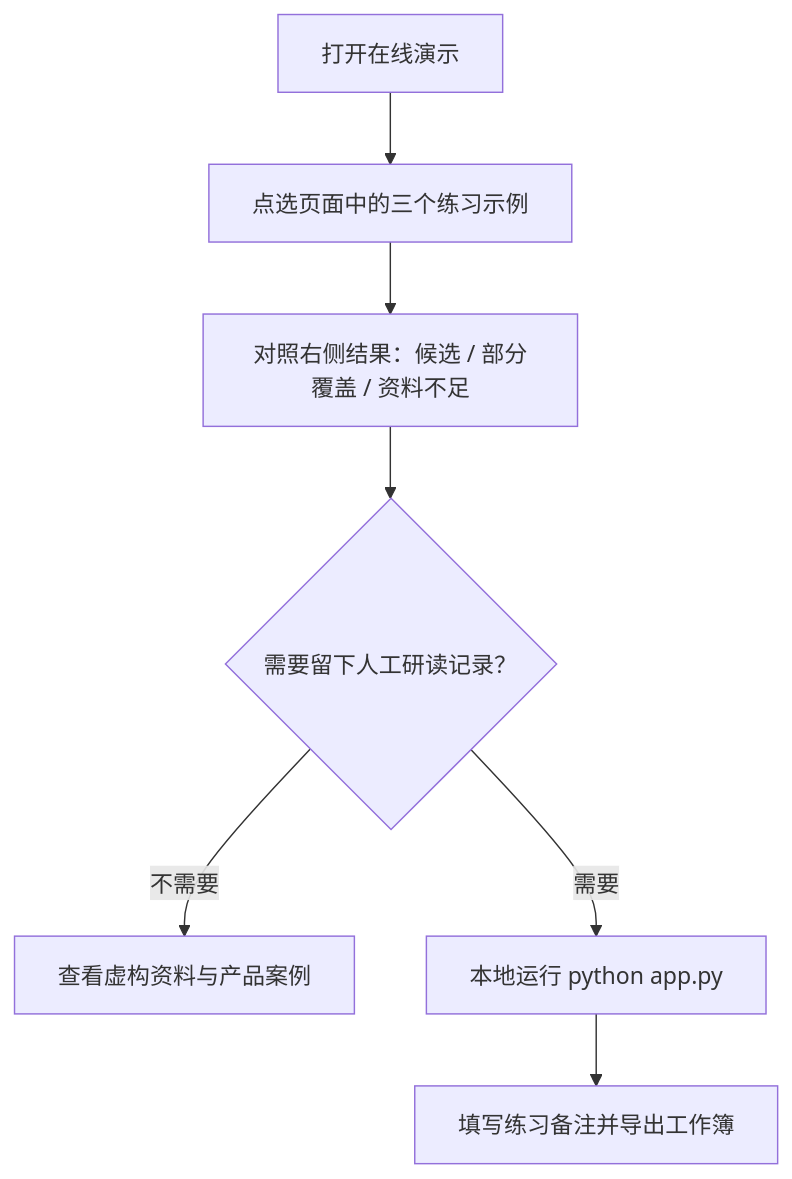
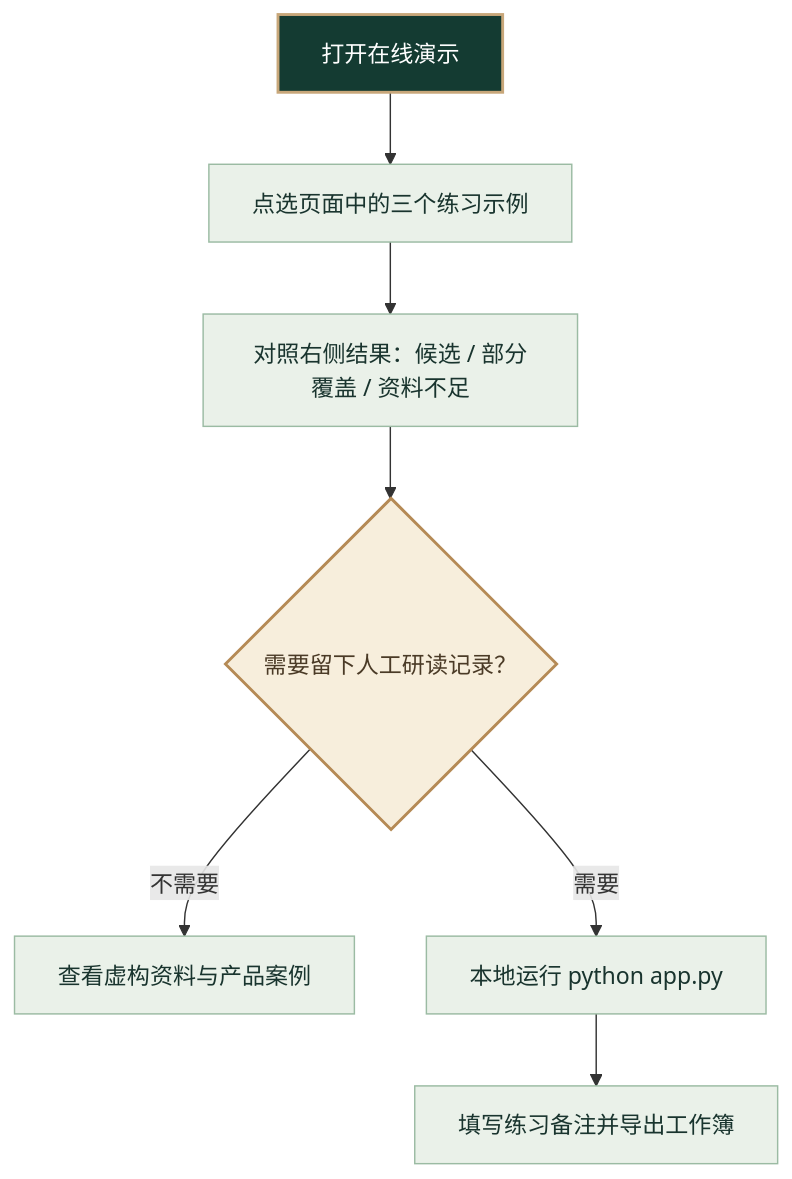
The diagram in README.md (ghgg25043-byte/building-code-assistant), drawn with Mermaid before and after one commit. The commit also changed other lines of this file and 4 other files, not shown here.

````diff
--- a/README.md
+++ b/README.md
@@ -11,9 +11,15 @@
 ```mermaid
 flowchart TD
     A["打开在线演示"] --> B["点选页面中的三个练习示例"]
     B --> C["对照右侧结果：候选 / 部分覆盖 / 资料不足"]
     C --> D{"需要留下人工研读记录？"}
     D -->|不需要| E["查看虚构资料与产品案例"]
     D -->|需要| F["本地运行 python app.py"]
     F --> G["填写练习备注并导出工作簿"]
+    classDef start fill:#143B32,stroke:#C8A77A,color:#FFFFFF,stroke-width:2px
+    classDef step fill:#EAF1E9,stroke:#9BBBA3,color:#19342E
+    classDef choice fill:#F7EEDC,stroke:#B58A55,color:#4A3A26,stroke-width:2px
+    class A start
+    class B,C,E,F,G step
+    class D choice
 ```
````
